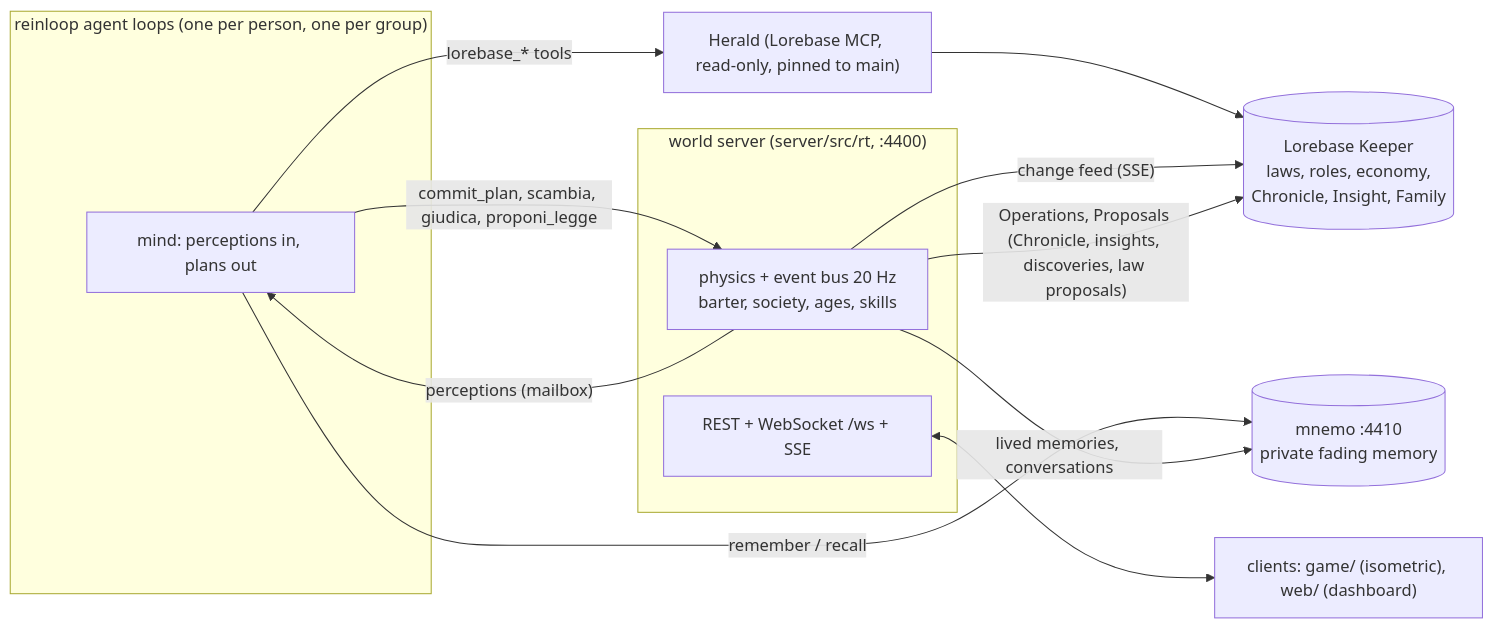
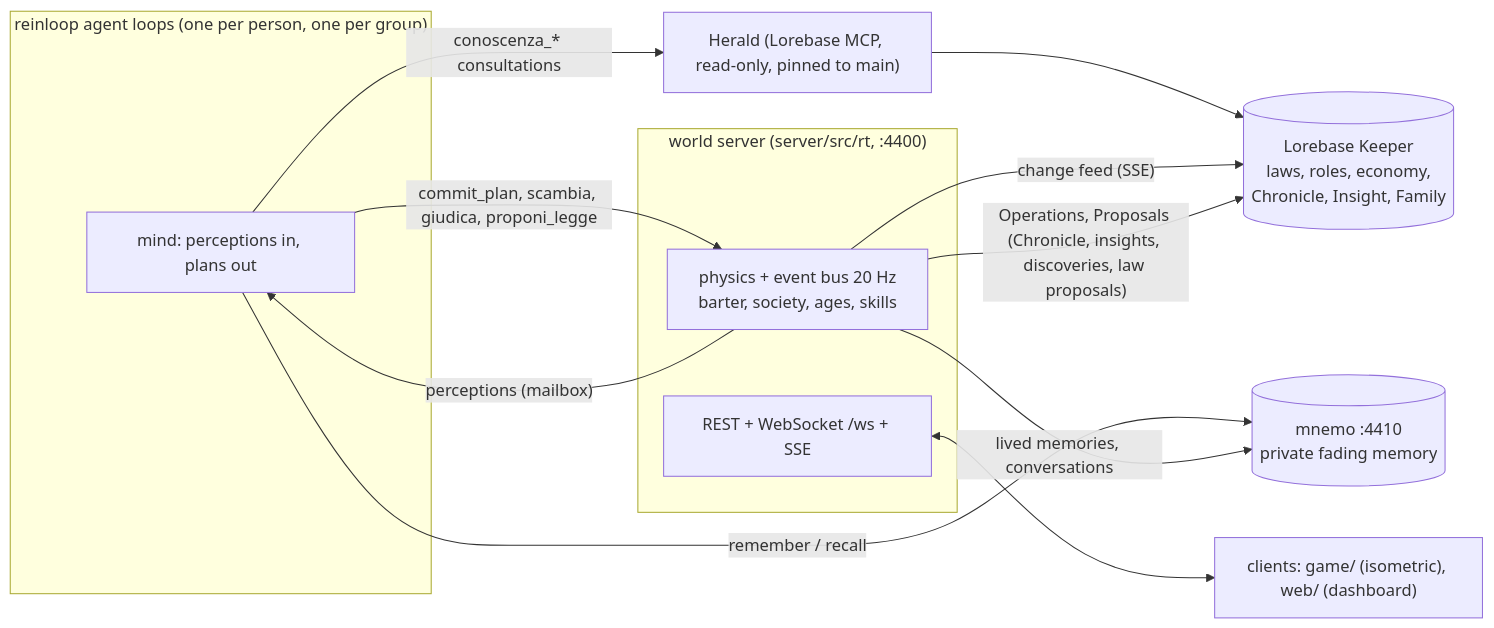
The first of 2 diagrams in README.md (aantenore/lorebase-reinloop-civilization), drawn with Mermaid before and after one commit. The commit also changed other lines of this file and 1 other file, not shown here.

````diff
--- a/README.md
+++ b/README.md
@@ -46,22 +46,22 @@
 ```mermaid
 flowchart LR
   subgraph agents["reinloop agent loops (one per person, one per group)"]
     A1["mind: perceptions in, plans out"]
   end
   subgraph world["world server (server/src/rt, :4400)"]
     W["physics + event bus 20 Hz<br/>barter, society, ages, skills"]
     H["REST + WebSocket /ws + SSE"]
   end
   LB[("Lorebase Keeper<br/>laws, roles, economy,<br/>Chronicle, Insight, Family")]
   HE["Herald (Lorebase MCP, read-only, pinned to main)"]
   MN[("mnemo :4410<br/>private fading memory")]
   C["clients: game/ (isometric), web/ (dashboard)"]
   A1 -- "commit_plan, scambia, giudica, proponi_legge" --> W
   W -- "perceptions (mailbox)" --> A1
-  A1 -- "lorebase_* tools" --> HE --> LB
+  A1 -- "conoscenza_* consultations" --> HE --> LB
   W -- "change feed (SSE)" --> LB
   W -- "Operations, Proposals (Chronicle, insights, discoveries, law proposals)" --> LB
   A1 -- "remember / recall" --> MN
   W -- "lived memories, conversations" --> MN
   H <--> C
 ```
````
